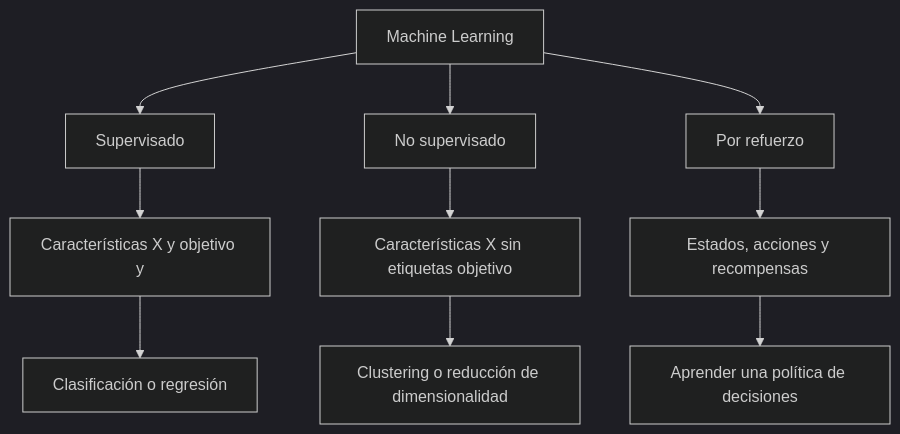
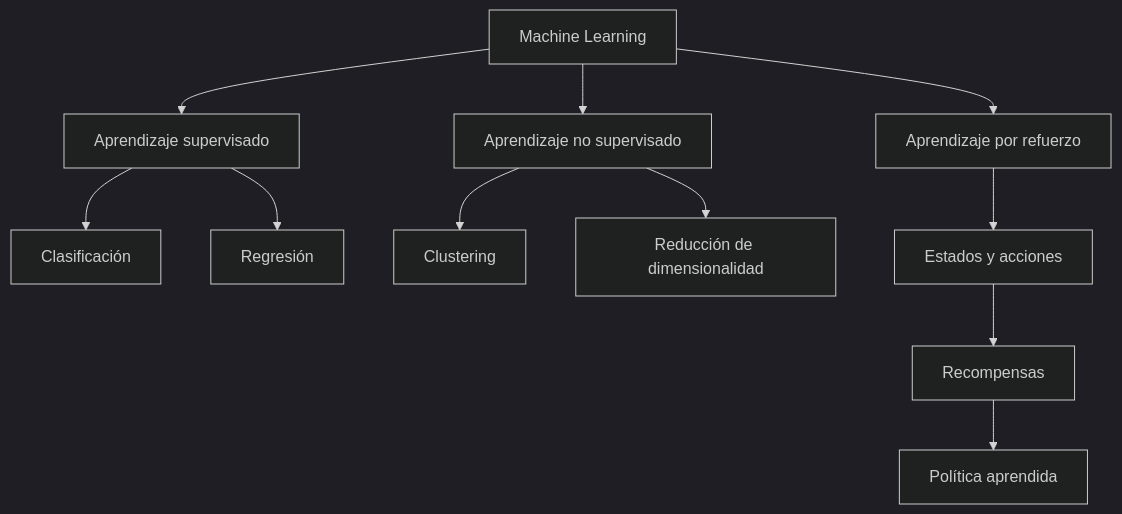
One commit to AxelIvanArroyoLara/Notes changed the first of 34 diagrams in Séptimo Semestre/Temas Selectos I/Segundo Parcial/8. Repaso Parcial.md. Above: the diagram before and after it, drawn with Mermaid (dark theme). The commit also changed other lines of this file and 1 other file, not shown here.

````diff
--- a/Séptimo Semestre/Temas Selectos I/Segundo Parcial/8. Repaso Parcial.md
+++ b/Séptimo Semestre/Temas Selectos I/Segundo Parcial/8. Repaso Parcial.md
@@ -27,14 +31,18 @@
 ```mermaid  
-flowchart TD  
-A["Machine Learning"] --> B["Supervisado"]  
-A --> C["No supervisado"]  
-A --> D["Por refuerzo"]  
+flowchart TB  
+ML["Machine Learning"]  
   
-B --> E["Características X y objetivo y"]  
-C --> F["Características X sin etiquetas objetivo"]  
-D --> G["Estados, acciones y recompensas"]  
+ML --> SUP["Aprendizaje supervisado"]  
+ML --> UNS["Aprendizaje no supervisado"]  
+ML --> RL["Aprendizaje por refuerzo"]  
   
-E --> H["Clasificación o regresión"]  
-F --> I["Clustering o reducción de dimensionalidad"]  
-G --> J["Aprender una política de decisiones"]  
+SUP --> CL["Clasificación"]  
+SUP --> REG["Regresión"]  
+  
+UNS --> AGR["Clustering"]  
+UNS --> RED["Reducción de dimensionalidad"]  
+  
+RL --> EST["Estados y acciones"]  
+EST --> REC["Recompensas"]  
+REC --> POL["Política aprendida"]  
 ```  
````
